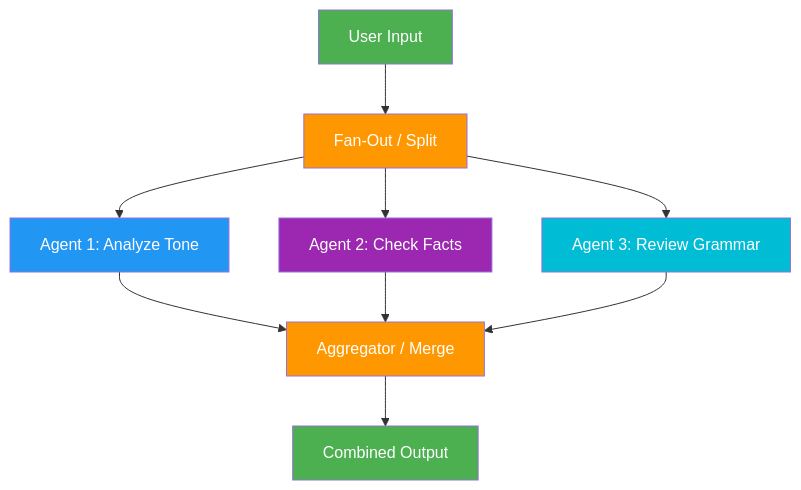
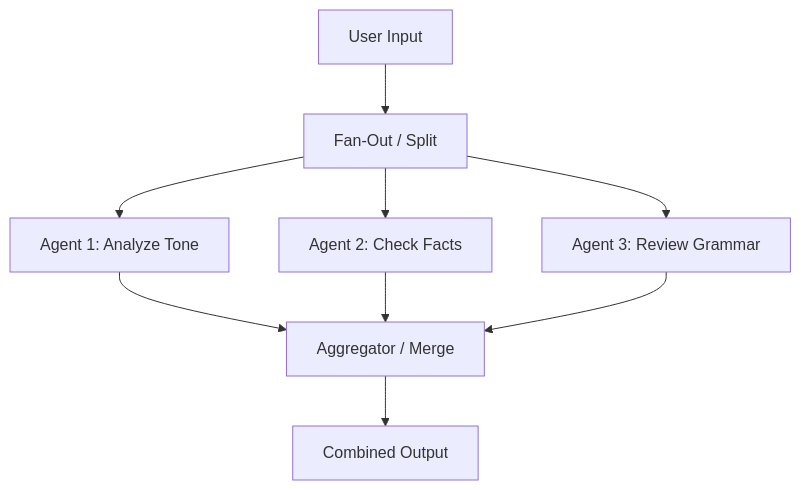
The fourth of 11 diagrams in README.md (saisrinivas-samoju/agentic_architectures), drawn with Mermaid before and after one commit. The commit also changed other lines of this file and 20 other files, not shown here.

````diff
--- a/README.md
+++ b/README.md
@@ -174,19 +195,11 @@
 ```mermaid
 flowchart TD
     A[User Input] --> B[Fan-Out / Split]
     B --> C[Agent 1: Analyze Tone]
     B --> D[Agent 2: Check Facts]
     B --> E[Agent 3: Review Grammar]
     C --> F[Aggregator / Merge]
     D --> F
     E --> F
     F --> G[Combined Output]
-
-    style A fill:#4CAF50,color:#fff
-    style B fill:#FF9800,color:#fff
-    style C fill:#2196F3,color:#fff
-    style D fill:#9C27B0,color:#fff
-    style E fill:#00BCD4,color:#fff
-    style F fill:#FF9800,color:#fff
-    style G fill:#4CAF50,color:#fff
 ```
````
